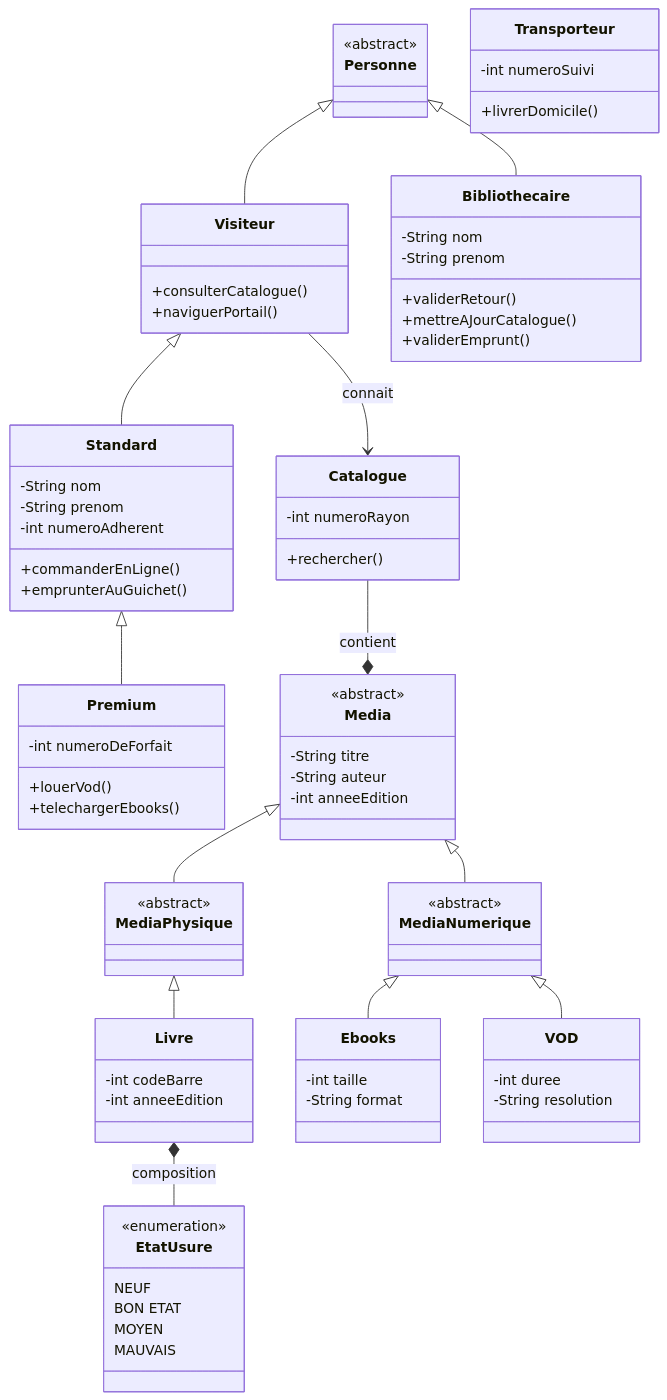
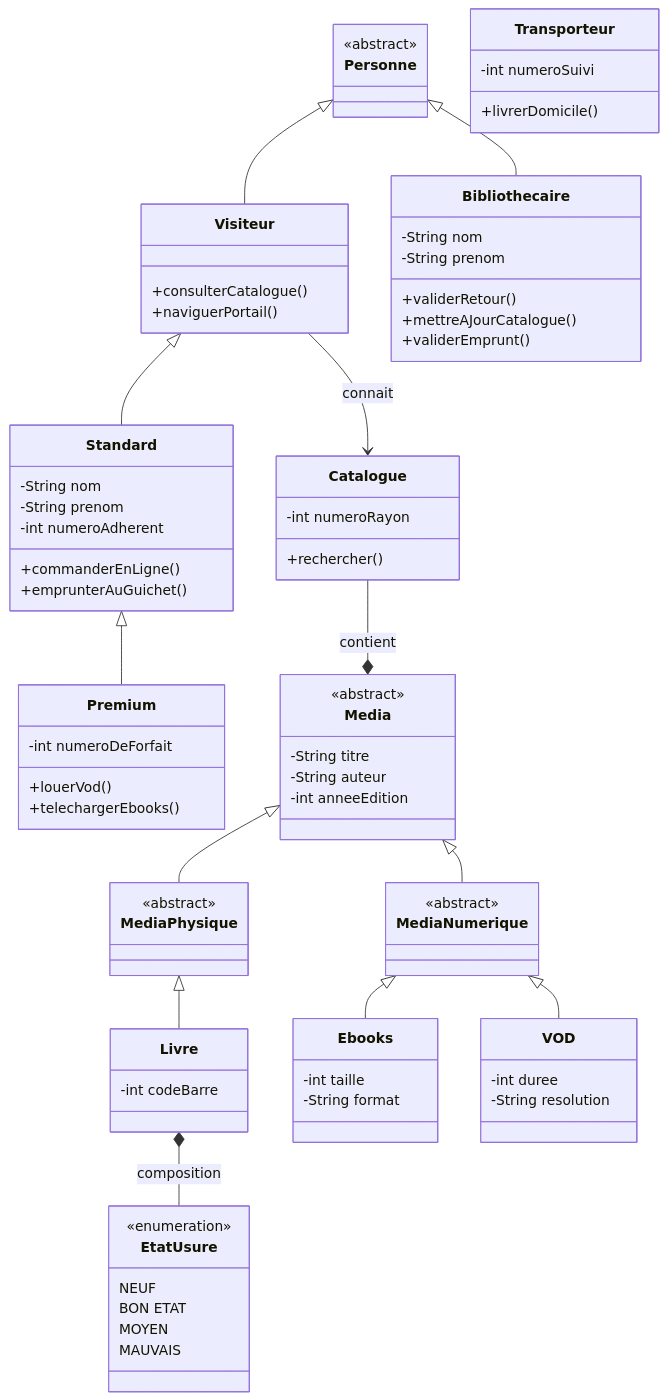
One commit to OraneM99/omniLib changed the second of 3 diagrams in README.md. Above: the diagram before and after it, drawn with Mermaid. The commit also changed other lines of this file and 1 other file, not shown here.

```diff
--- a/README.md
+++ b/README.md
@@ -129,7 +129,6 @@
 
 class Livre {
 -int codeBarre
--int anneeEdition
 }
 
 class EtatUsure {
```
